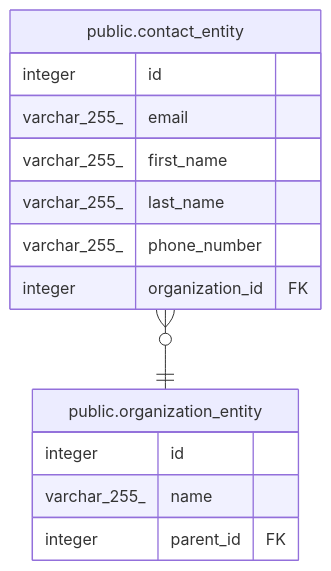
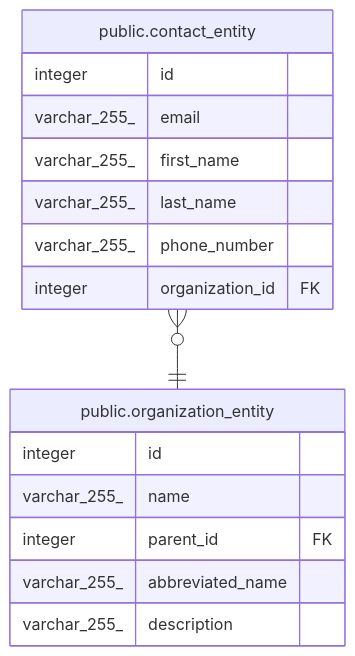
The diagram in doc/schema/public.contact_entity.md (gpo/grassroots), drawn with Mermaid before and after one commit. The commit also changed 4 other files, not shown here.

````diff
--- a/doc/schema/public.contact_entity.md
+++ b/doc/schema/public.contact_entity.md
@@ -33,19 +33,21 @@
 ```mermaid
 erDiagram
 
 "public.contact_entity" }o--|| "public.organization_entity" : ""
 
 "public.contact_entity" {
   integer id
   varchar_255_ email
   varchar_255_ first_name
   varchar_255_ last_name
   varchar_255_ phone_number
   integer organization_id FK
 }
 "public.organization_entity" {
   integer id
   varchar_255_ name
   integer parent_id FK
+  varchar_255_ abbreviated_name
+  varchar_255_ description
 }
 ```
````
